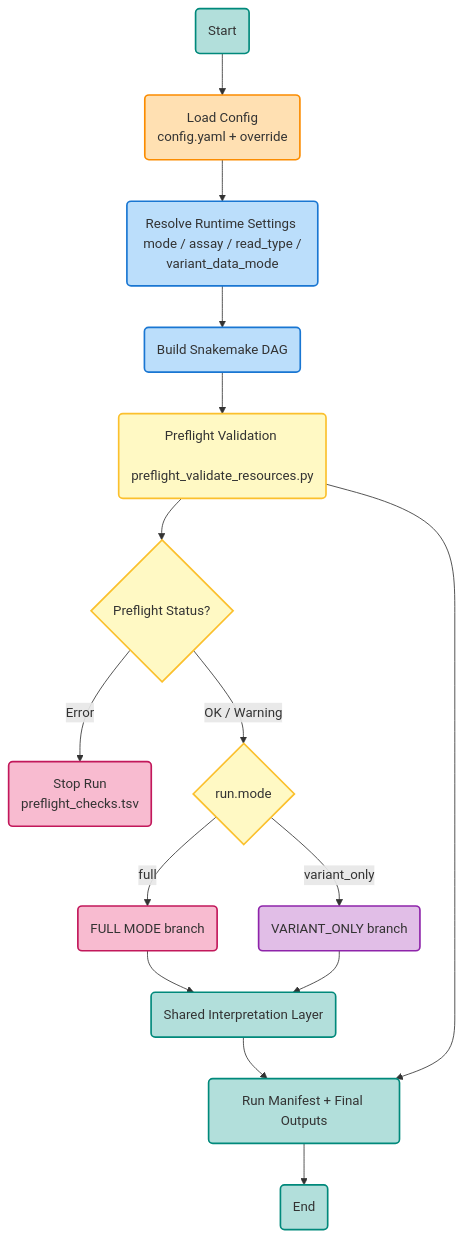
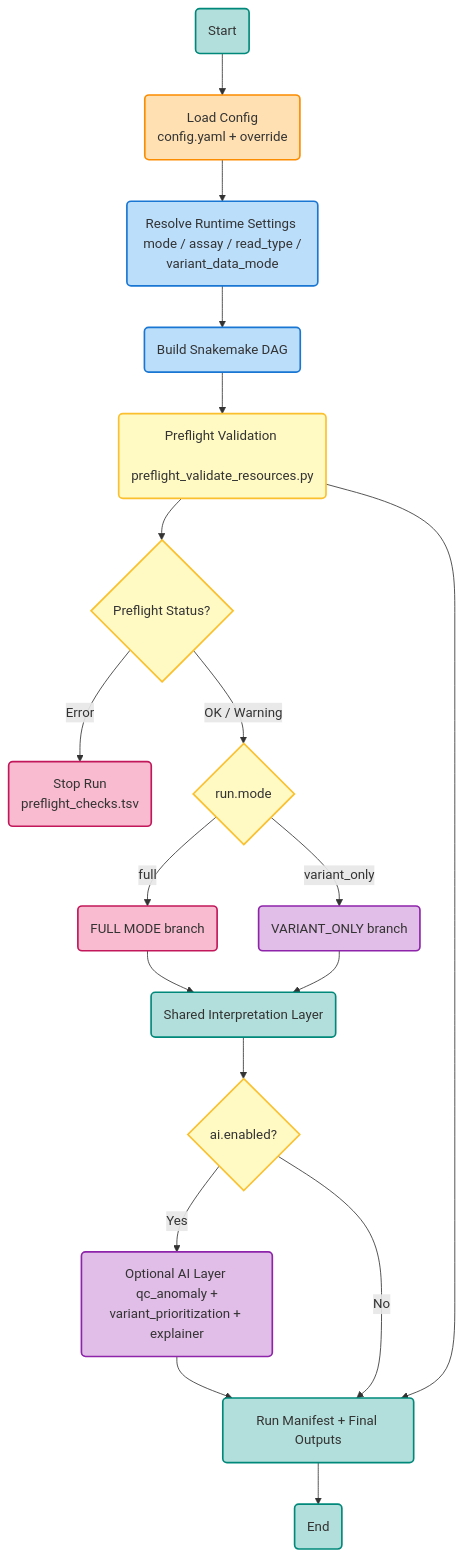
Before and after one commit to vamsee2k1/PRS_GWAS_SNP_PIPELINE: the diagram in docs/assets/flowcharts/github_pipeline_preflight_mode_routing.mmd, drawn with Mermaid. The commit also changed 4 other files, not shown here.

Commit message:
docs(flowcharts): add explicit AI branch and outputs across pipeline diagrams

```diff
--- a/docs/assets/flowcharts/github_pipeline_preflight_mode_routing.mmd
+++ b/docs/assets/flowcharts/github_pipeline_preflight_mode_routing.mmd
@@ -1,35 +1,40 @@
 flowchart TD
 %% Nodes
 A("Start"):::green
 B("Load Config <br> config.yaml + override"):::orange
 C("Resolve Runtime Settings <br> mode / assay / read_type / variant_data_mode"):::blue
 D("Build Snakemake DAG"):::blue
 E("Preflight Validation <br> preflight_validate_resources.py"):::yellow
 F{"Preflight Status?"}:::yellow
 ZERR("Stop Run <br> preflight_checks.tsv"):::pink
 G{"run.mode"}:::yellow
 
 H("FULL MODE branch"):::pink
 I("VARIANT_ONLY branch"):::purple
 J("Shared Interpretation Layer"):::green
+JAI{"ai.enabled?"}:::yellow
+JMOD("Optional AI Layer <br> qc_anomaly + variant_prioritization + explainer"):::purple
 K("Run Manifest + Final Outputs"):::green
 L("End"):::green
 
 %% Edges
 A --> B --> C --> D --> E --> F
 F -- Error --> ZERR
 F -- OK / Warning --> G
 G -- full --> H
 G -- variant_only --> I
 H --> J
 I --> J
-J --> K --> L
+J --> JAI
+JAI -- Yes --> JMOD --> K
+JAI -- No --> K
+K --> L
 E --> K
 
 %% Styling
 classDef green fill:#B2DFDB,stroke:#00897B,stroke-width:2px;
 classDef orange fill:#FFE0B2,stroke:#FB8C00,stroke-width:2px;
 classDef blue fill:#BBDEFB,stroke:#1976D2,stroke-width:2px;
 classDef yellow fill:#FFF9C4,stroke:#FBC02D,stroke-width:2px;
 classDef pink fill:#F8BBD0,stroke:#C2185B,stroke-width:2px;
 classDef purple fill:#E1BEE7,stroke:#8E24AA,stroke-width:2px;
```
